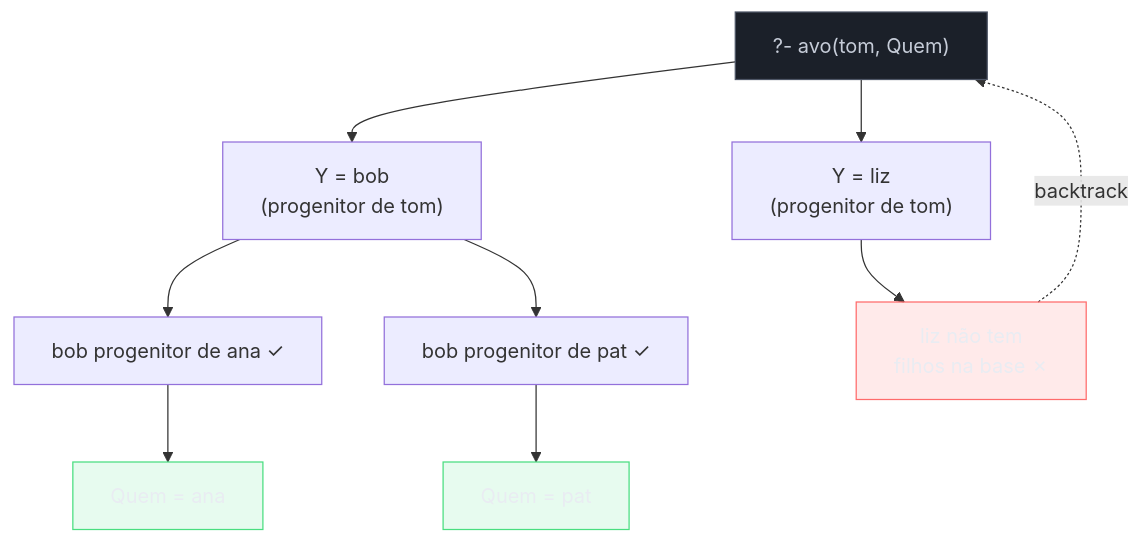
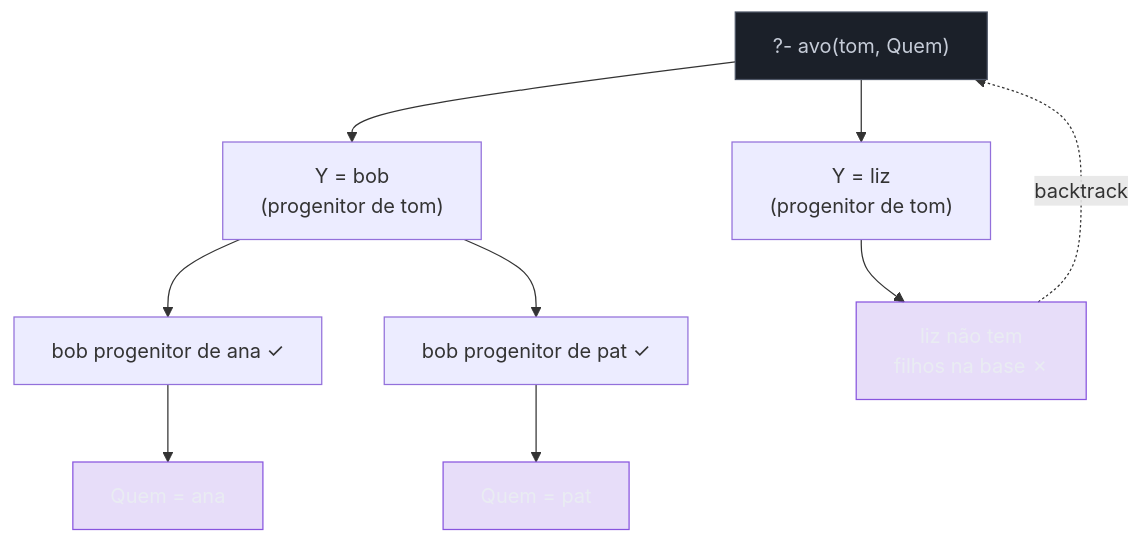
One commit to josenaldo/codex-technomanticus changed the third of 3 diagrams in 03-Dominios/Ciência/Paradigmas/11 - O paradigma lógico.md. Above: the diagram before and after it, drawn with Mermaid. The commit also changed other lines of this file and 601 other files, not shown here.

````diff
--- a/03-Dominios/Ciência/Paradigmas/11 - O paradigma lógico.md
+++ b/03-Dominios/Ciência/Paradigmas/11 - O paradigma lógico.md
@@ -149,18 +149,17 @@
 ```mermaid
 flowchart TD
-    classDef falha fill:#FF6B6B24,stroke:#FF6B6B,color:#E9ECF2
-    classDef ok fill:#4ADE8021,stroke:#4ADE80,color:#E9ECF2
+    classDef marca fill:#8855DF33,stroke:#8855DF,color:#E9ECF2
     classDef neutro fill:#1B2029,stroke:#4E5666,color:#C6CCD8
     Q["?- avo(tom, Quem)"] --> Y1["Y = bob<br/>(progenitor de tom)"]
     Q --> Y2["Y = liz<br/>(progenitor de tom)"]
     Y1 --> N1["bob progenitor de ana ✓"]
     Y1 --> N2["bob progenitor de pat ✓"]
     Y2 --> F["liz não tem<br/>filhos na base ✗"]
     N1 --> S1["Quem = ana"]
     N2 --> S2["Quem = pat"]
     F -. "backtrack" .-> Q
-    class F falha
-    class S1 ok
-    class S2 ok
+    class F marca
+    class S1 marca
+    class S2 marca
     class Q neutro
 ```
````
